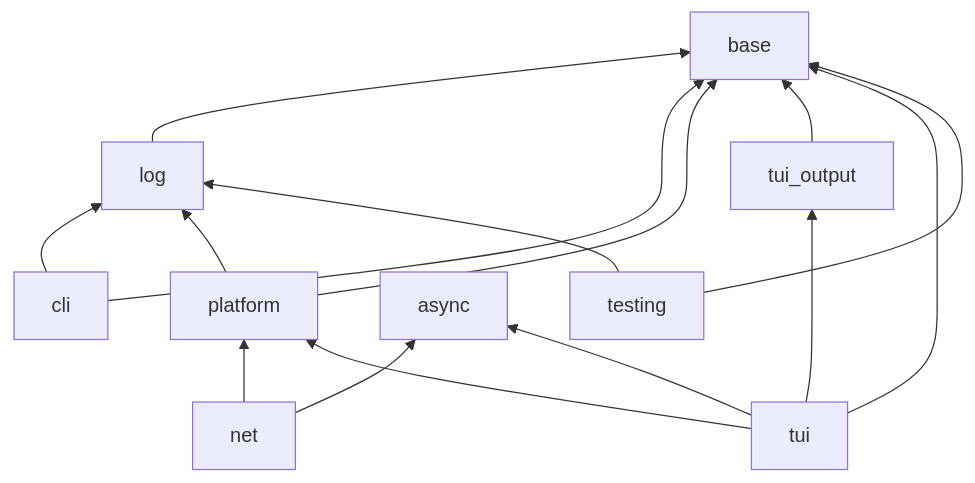
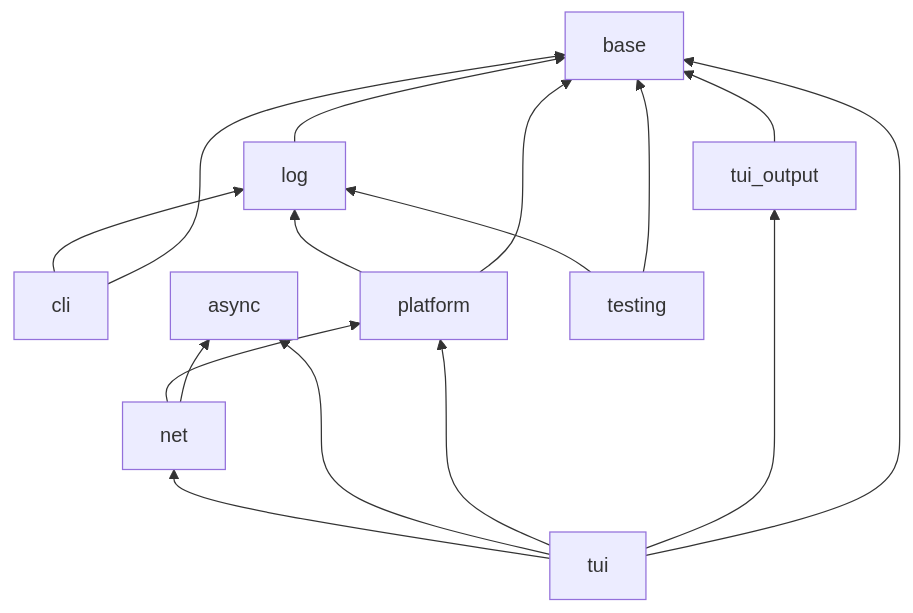
The diagram in docs/modules/index.md (contour-terminal/core-cpp), drawn with Mermaid before and after one commit. The commit also changed other lines of this file and 9 other files, not shown here.

````diff
--- a/docs/modules/index.md
+++ b/docs/modules/index.md
@@ -35,17 +35,18 @@
 ```mermaid
 graph BT
     log --> base
     cli --> base
     cli --> log
     platform --> base
     platform --> log
     net --> async
     net --> platform
     tui_output --> base
     tui --> base
     tui --> tui_output
     tui --> platform
     tui --> async
+    tui --> net
     testing --> base
     testing --> log
 ```
````
